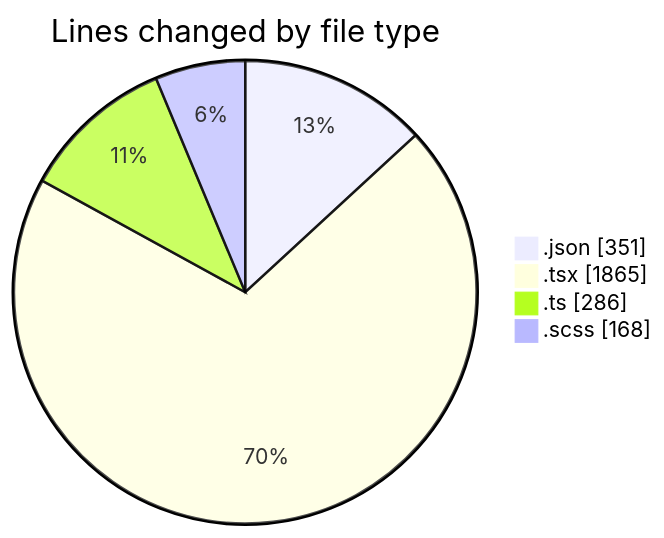
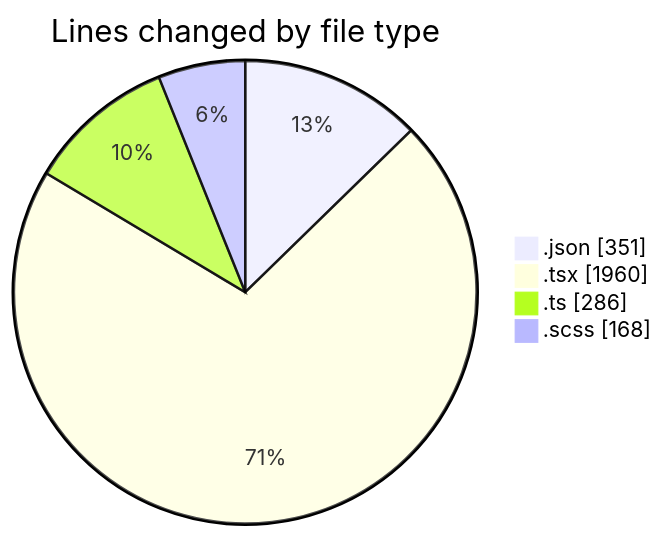
One commit to momahboobian/code-tracking changed the first of 2 diagrams in 2026-04-22/cda/README.md. Above: the diagram before and after it, drawn with Mermaid. The commit also changed other lines of this file and 1 other file, not shown here.

````diff
--- a/2026-04-22/cda/README.md
+++ b/2026-04-22/cda/README.md
@@ -37,8 +39,8 @@
 ```mermaid
 pie showData
 title Lines changed by file type
 ".json" : 351
-".tsx" : 1865
+".tsx" : 1960
 ".ts" : 286
 ".scss" : 168
 ```
````
